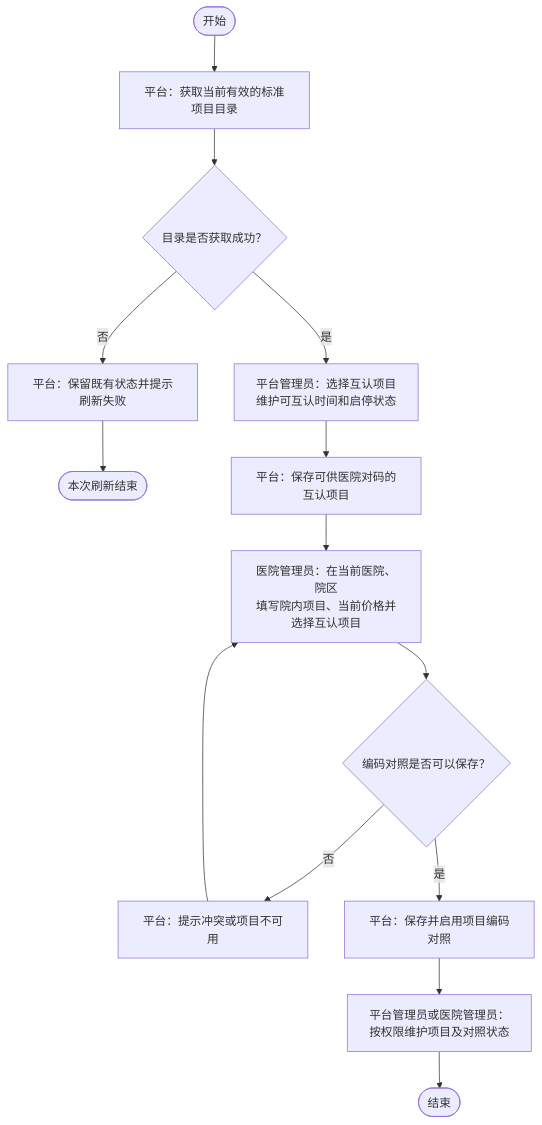
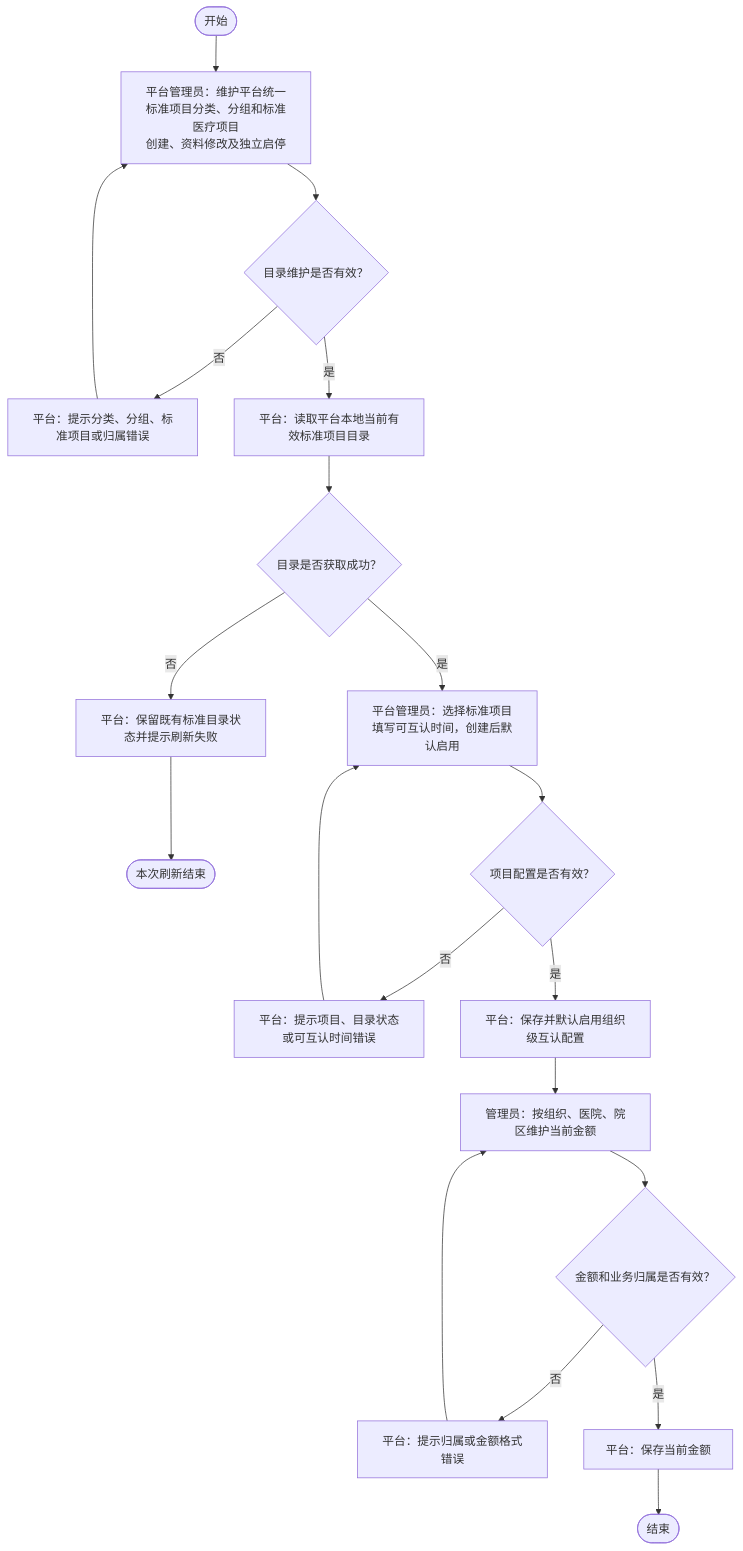
Before and after one commit to taskMain/Lis: the second of 4 diagrams in docs/业务流程图.md, drawn with Mermaid. The commit also changed other lines of this file and 446 other files, not shown here.

````diff
--- a/docs/业务流程图.md
+++ b/docs/业务流程图.md
@@ -70,16 +78,22 @@
 ```mermaid
 flowchart TD
-    S([开始]) --> A["平台：获取当前有效的标准项目目录"]
-    A --> B{"目录是否获取成功？"}
-    B -- "否" --> C["平台：保留既有状态并提示刷新失败"]
-    C --> E1([本次刷新结束])
-    B -- "是" --> D["平台管理员：选择互认项目<br/>维护可互认时间和启停状态"]
-    D --> E["平台：保存可供医院对码的互认项目"]
-    E --> F["医院管理员：在当前医院、院区<br/>填写院内项目、当前价格并选择互认项目"]
-    F --> G{"编码对照是否可以保存？"}
-    G -- "否" --> H["平台：提示冲突或项目不可用"]
-    H --> F
-    G -- "是" --> I["平台：保存并启用项目编码对照"]
-    I --> J["平台管理员或医院管理员：<br/>按权限维护项目及对照状态"]
-    J --> END([结束])
+    S([开始]) --> A["平台管理员：维护平台统一标准项目分类、分组和标准医疗项目\n创建、资料修改及独立启停"]
+    A --> B{"目录维护是否有效？"}
+    B -- "否" --> C["平台：提示分类、分组、标准项目或归属错误"]
+    C --> A
+    B -- "是" --> D["平台：读取平台本地当前有效标准项目目录"]
+    D --> E{"目录是否获取成功？"}
+    E -- "否" --> F["平台：保留既有标准目录状态并提示刷新失败"]
+    F --> END1([本次刷新结束])
+    E -- "是" --> G["平台管理员：选择标准项目<br/>填写可互认时间，创建后默认启用"]
+    G --> H{"项目配置是否有效？"}
+    H -- "否" --> I["平台：提示项目、目录状态或可互认时间错误"]
+    I --> G
+    H -- "是" --> J["平台：保存并默认启用组织级互认配置"]
+    J --> K["管理员：按组织、医院、院区维护当前金额"]
+    K --> L{"金额和业务归属是否有效？"}
+    L -- "否" --> M["平台：提示归属或金额格式错误"]
+    M --> K
+    L -- "是" --> N["平台：保存当前金额"]
+    N --> END2([结束])
 ```
````
